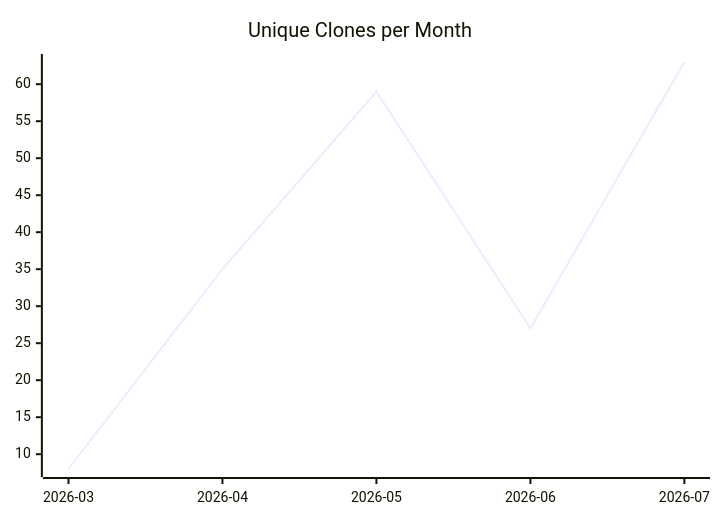
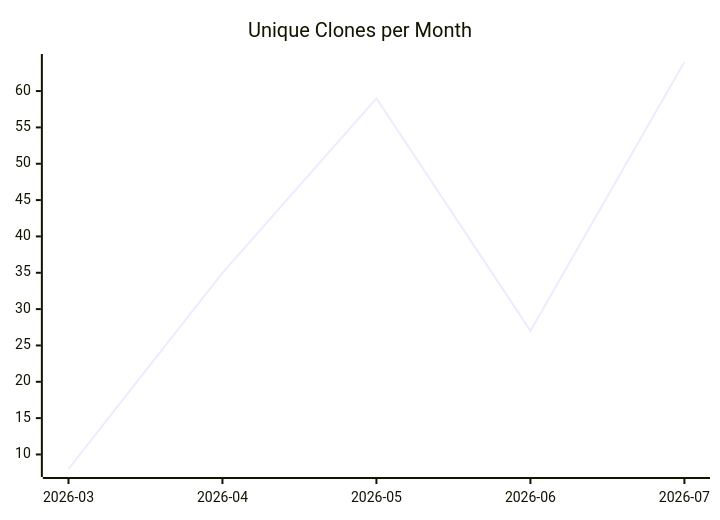
Before and after one commit to justdavis-family/github-analytics-data: the third of 3 diagrams in karlmdavis/fhir-benchmarks/README.md, drawn with Mermaid. The commit also changed other lines of this file and 193 other files, not shown here.

````diff
--- a/karlmdavis/fhir-benchmarks/README.md
+++ b/karlmdavis/fhir-benchmarks/README.md
@@ -19,6 +19,6 @@
 ```mermaid
 xychart-beta
   title "Unique Clones per Month"
   x-axis ["2026-03", "2026-04", "2026-05", "2026-06", "2026-07"]
-  line [8, 35, 59, 27, 63]
+  line [8, 35, 59, 27, 64]
 ```
````
